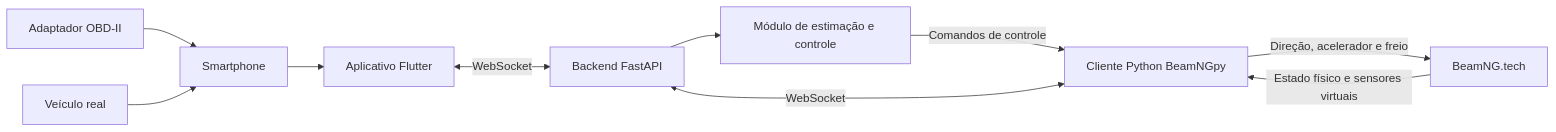
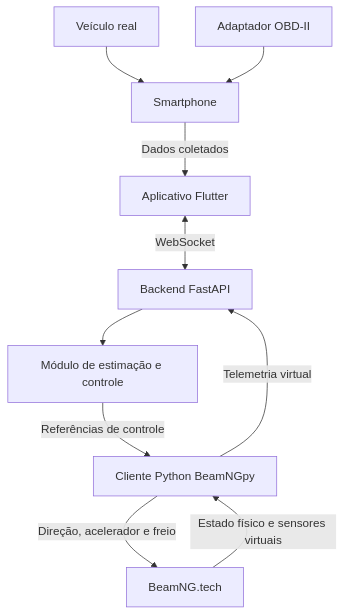
The first of 3 diagrams in architecture-proposal.md (INXE-Lainf-Labs/beamng-virtual-twin), drawn with Mermaid before and after one commit. The commit also changed 1 other file, not shown here.

Commit message:
Atualiza diagramas de arquitetura

````diff
--- a/architecture-proposal.md
+++ b/architecture-proposal.md
@@ -68,21 +68,21 @@
 ```mermaid
-flowchart LR
+flowchart TD
     Veiculo[Veículo real]
     Smartphone[Smartphone]
     OBD[Adaptador OBD-II]
     App[Aplicativo Flutter]
     Backend[Backend FastAPI]
     Controle[Módulo de estimação e controle]
     Cliente[Cliente Python BeamNGpy]
     BeamNG[BeamNG.tech]
 
-    Smartphone --> App
+    Veiculo --> Smartphone
     OBD --> Smartphone
-    Veiculo --> Smartphone
+    Smartphone -->|Dados coletados| App
     App <-->|WebSocket| Backend
     Backend --> Controle
-    Controle -->|Comandos de controle| Cliente
-    Cliente <-->|WebSocket| Backend
+    Controle -->|Referências de controle| Cliente
     Cliente -->|Direção, acelerador e freio| BeamNG
     BeamNG -->|Estado físico e sensores virtuais| Cliente
+    Cliente -->|Telemetria virtual| Backend
 ```
````
